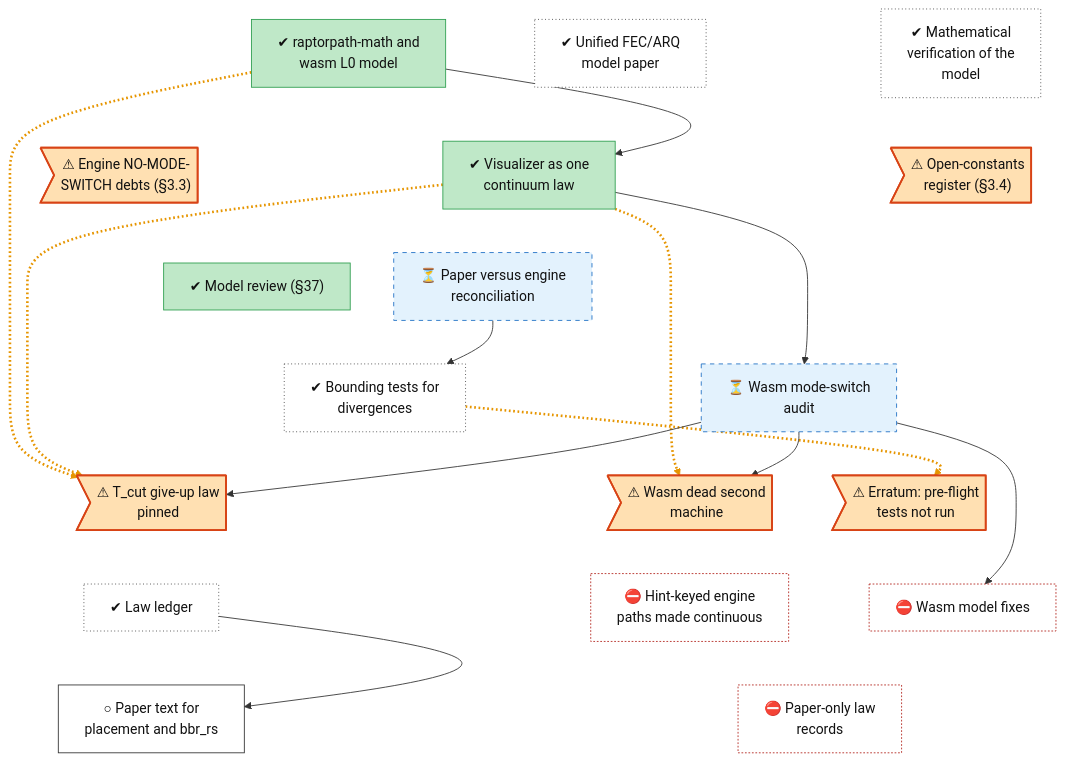
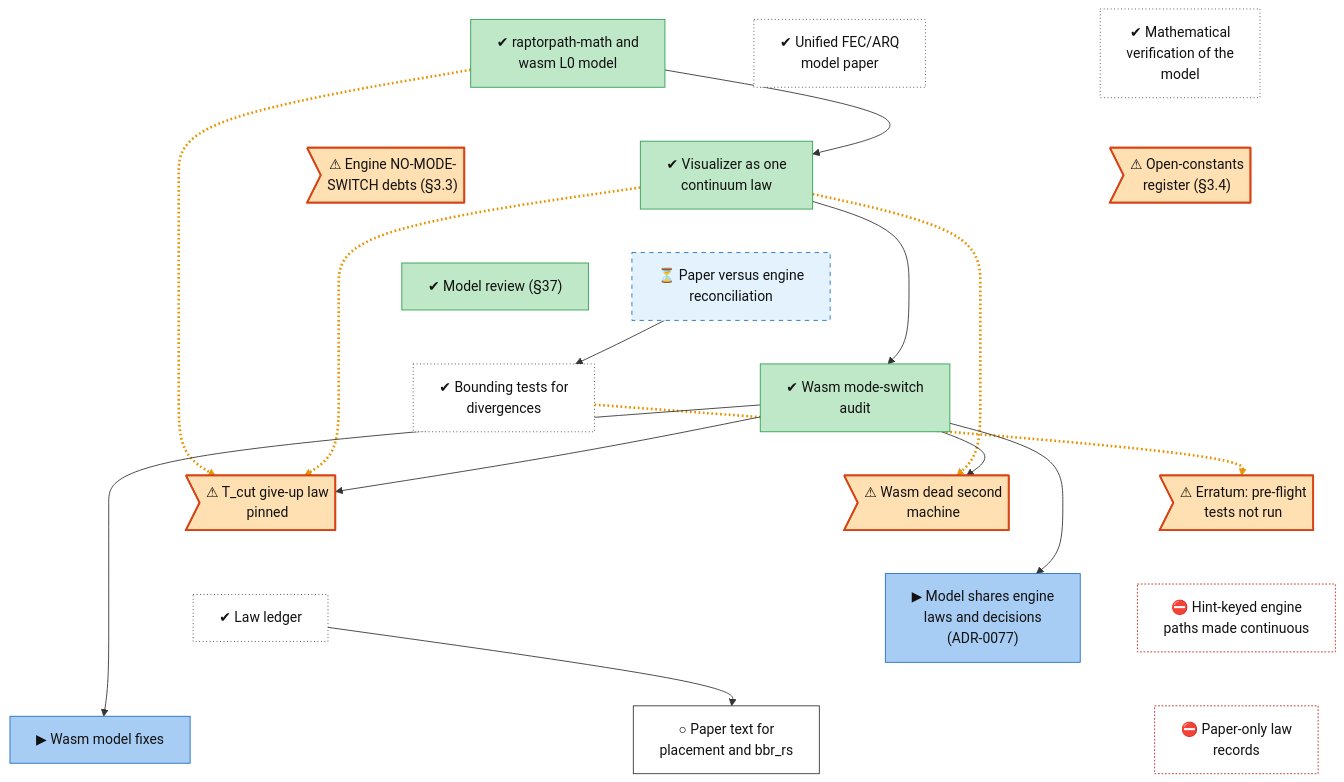
One commit to lhns/raptorpath changed the diagram in docs/roadmap/tracks/model.md. Above: the diagram before and after it, drawn with Mermaid. The commit also changed other lines of this file and 4 other files, not shown here.

Commit message:
roadmap: §57a/§57b done, F1 defect, ADR-0077 shared core, wasm audit merged, owner wasm calls decided

````diff
--- a/docs/roadmap/tracks/model.md
+++ b/docs/roadmap/tracks/model.md
@@ -10,69 +10,72 @@
 ```mermaid
 flowchart TB
     model_paper_v1["✔ Unified FEC/ARQ<br/>model paper"]
     model_wasm_l0["✔ raptorpath-math and<br/>wasm L0 model"]
     model_math_verification["✔ Mathematical<br/>verification of the<br/>model"]
     model_vis_continuum["✔ Visualizer as one<br/>continuum law"]
     model_mode_switch_debts>"⚠ Engine NO-MODE-<br/>SWITCH debts (#167;3.3)"]
     model_open_constants>"⚠ Open-constants<br/>register (#167;3.4)"]
     model_review_37["✔ Model review (#167;37)"]
     model_paper_recon["⏳ Paper versus engine<br/>reconciliation"]
     model_bound_tests["✔ Bounding tests for<br/>divergences"]
-    model_wasm_audit["⏳ Wasm mode-switch<br/>audit"]
+    model_wasm_audit["✔ Wasm mode-switch<br/>audit"]
     model_defect_tcut>"⚠ T_cut give-up law<br/>pinned"]
     model_defect_dead_machine>"⚠ Wasm dead second<br/>machine"]
     model_bound_tests_unrun>"⚠ Erratum: pre-flight<br/>tests not run"]
     model_law_ledger["✔ Law ledger"]
+    model_shared_core["▶ Model shares engine<br/>laws and decisions<br/>(ADR-0077)"]
     model_fix_hint_keyed_paths["⛔ Hint-keyed engine<br/>paths made continuous"]
-    model_wasm_fixes["⛔ Wasm model fixes"]
+    model_wasm_fixes["▶ Wasm model fixes"]
     model_fix_paper_p2["○ Paper text for<br/>placement and bbr_rs"]
     model_fix_paper_p3["⛔ Paper-only law<br/>records"]
     model_paper_v1 ~~~ model_vis_continuum
     model_wasm_l0 ~~~ model_mode_switch_debts
     model_math_verification ~~~ model_open_constants
     model_vis_continuum ~~~ model_review_37
     model_mode_switch_debts ~~~ model_paper_recon
     model_open_constants ~~~ model_paper_recon
     model_review_37 ~~~ model_bound_tests
     model_paper_recon ~~~ model_wasm_audit
     model_bound_tests ~~~ model_defect_tcut
     model_wasm_audit ~~~ model_defect_dead_machine
     model_wasm_audit ~~~ model_bound_tests_unrun
     model_defect_tcut ~~~ model_law_ledger
-    model_defect_dead_machine ~~~ model_fix_hint_keyed_paths
-    model_bound_tests_unrun ~~~ model_wasm_fixes
-    model_law_ledger ~~~ model_fix_paper_p2
+    model_defect_dead_machine ~~~ model_shared_core
+    model_bound_tests_unrun ~~~ model_fix_hint_keyed_paths
+    model_law_ledger ~~~ model_wasm_fixes
+    model_shared_core ~~~ model_fix_paper_p2
     model_fix_hint_keyed_paths ~~~ model_fix_paper_p3
-    model_wasm_fixes ~~~ model_fix_paper_p3
     model_wasm_l0 -.-> model_defect_tcut
     model_wasm_l0 --> model_vis_continuum
     model_vis_continuum -.-> model_defect_dead_machine
     model_vis_continuum -.-> model_defect_tcut
     model_paper_recon --> model_bound_tests
     model_bound_tests -.-> model_bound_tests_unrun
     model_vis_continuum --> model_wasm_audit
     model_wasm_audit --> model_defect_tcut
     model_wasm_audit --> model_defect_dead_machine
+    model_wasm_audit --> model_shared_core
     model_wasm_audit --> model_wasm_fixes
     model_law_ledger --> model_fix_paper_p2
     linkStyle 17,19,20,22 stroke:#e69500,stroke-width:3px,stroke-dasharray:2 3
     classDef vsucc fill:#2e9e4f,stroke:#1b6b34,color:#fff
     classDef succ fill:#bfe8c8,stroke:#2e9e4f,color:#111
     classDef mixed fill:#ffd37a,stroke:#c98a00,color:#111
     classDef bad fill:#f28b82,stroke:#b3261e,color:#111
     classDef dead fill:#e6e6e6,stroke:#777,stroke-dasharray:5 5,color:#555
     classDef inprog fill:#a8cdf5,stroke:#1f6fc5,color:#111
     classDef next fill:#fff,stroke:#333,color:#111
     classDef blocked fill:#fff,stroke:#b3261e,stroke-dasharray:2 2,color:#111
     classDef parked fill:#f3f3f3,stroke:#999,color:#555
     classDef unrated fill:#fff,stroke:#333,stroke-dasharray:1 3,color:#111
     classDef userdec fill:#d9c2f0,stroke:#7b3fb5,color:#111
     classDef defect fill:#ffe0b2,stroke:#d84315,stroke-width:2px,color:#111
     classDef waiting fill:#e3f2fd,stroke:#1f6fc5,stroke-dasharray:5 5,color:#111
     class model_paper_v1,model_math_verification,model_bound_tests,model_law_ledger unrated
-    class model_wasm_l0,model_vis_continuum,model_review_37 succ
+    class model_wasm_l0,model_vis_continuum,model_review_37,model_wasm_audit succ
     class model_mode_switch_debts,model_open_constants,model_defect_tcut,model_defect_dead_machine,model_bound_tests_unrun defect
-    class model_paper_recon,model_wasm_audit waiting
-    class model_fix_hint_keyed_paths,model_wasm_fixes,model_fix_paper_p3 blocked
+    class model_paper_recon waiting
+    class model_shared_core,model_wasm_fixes inprog
+    class model_fix_hint_keyed_paths,model_fix_paper_p3 blocked
     class model_fix_paper_p2 next
 ```
````
